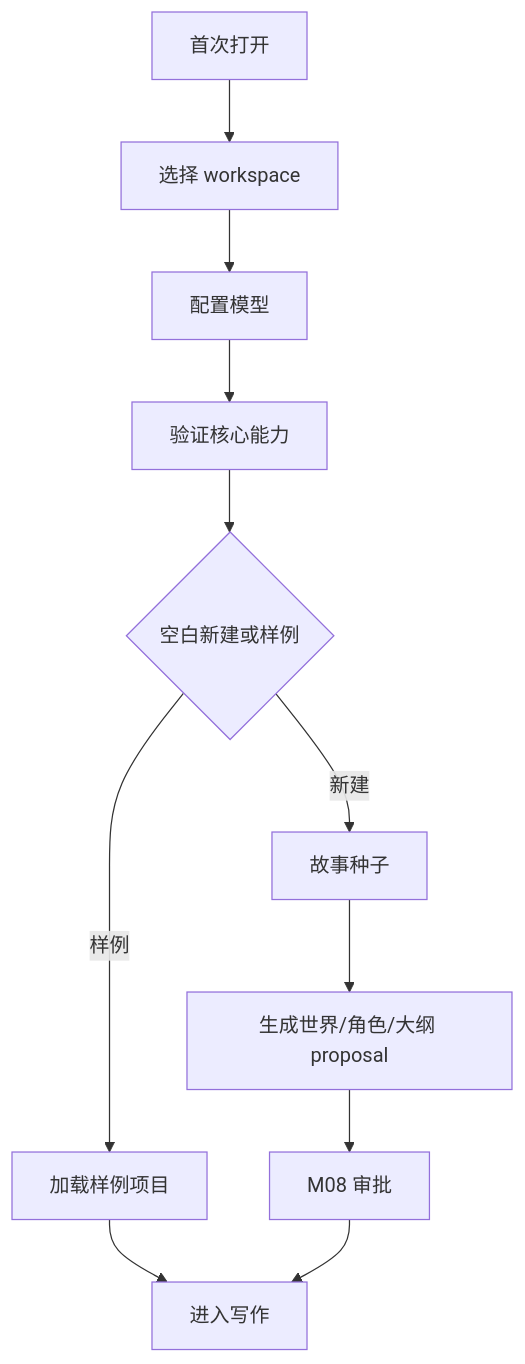
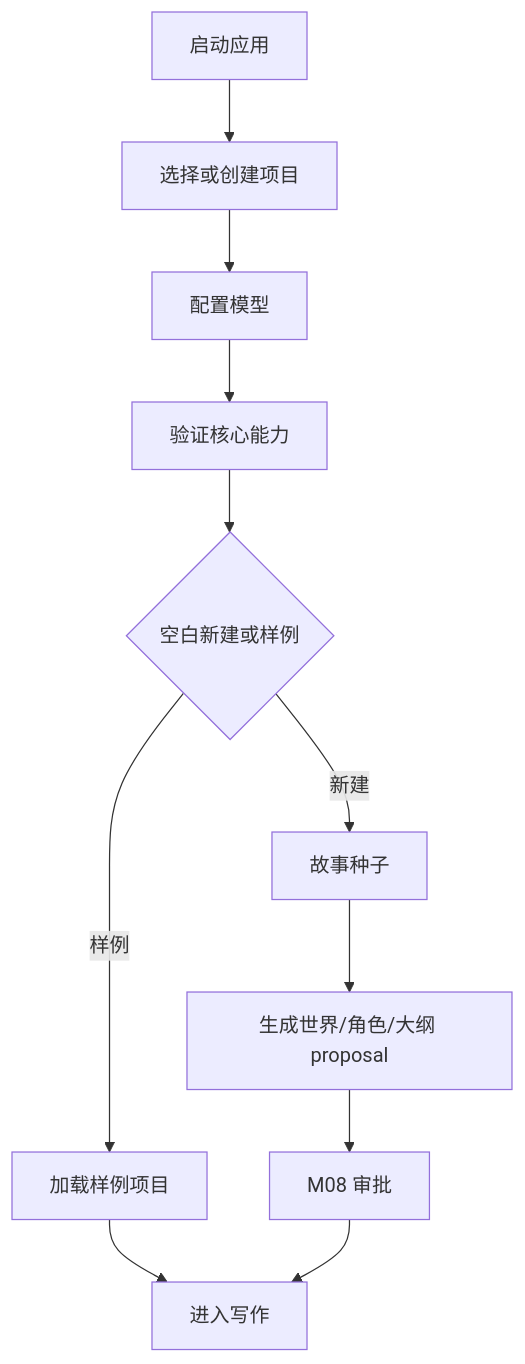
One commit to jinhuang712/open-novel changed the diagram in spec/M15-onboarding-and-new-book.md. Above: the diagram before and after it, drawn with Mermaid. The commit also changed other lines of this file and 79 other files, not shown here.

````diff
--- a/spec/M15-onboarding-and-new-book.md
+++ b/spec/M15-onboarding-and-new-book.md
@@ -7,13 +7,13 @@
 ```mermaid
 flowchart TD
-  Start[首次打开] --> Workspace[选择 workspace]
-  Workspace --> Model[配置模型]
+  Start[启动应用] --> ProjectChoice[选择或创建项目]
+  ProjectChoice --> Model[配置模型]
   Model --> Verify[验证核心能力]
   Verify --> Project{空白新建或样例}
   Project -->|新建| Seed[故事种子]
   Seed --> World[生成世界/角色/大纲 proposal]
   Project -->|样例| Sample[加载样例项目]
   World --> Approval[M08 审批]
   Sample --> Ready[进入写作]
   Approval --> Ready
 ```
````
